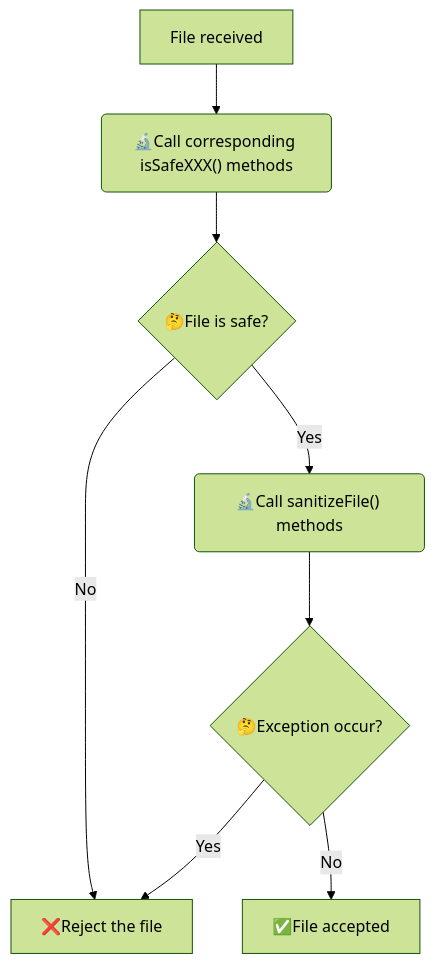
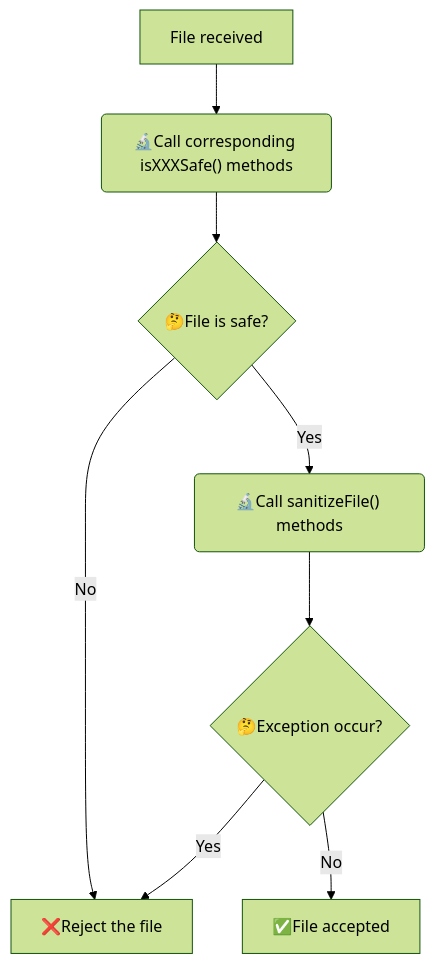
The diagram in README.md (righettod/code-snippets-security-utils), drawn with Mermaid (forest theme) before and after one commit.

````diff
--- a/README.md
+++ b/README.md
@@ -27,10 +27,10 @@
 ```mermaid
 flowchart TB
-    A[File received] --> B("🔬Call corresponding isSafeXXX() methods")
+    A[File received] --> B("🔬Call corresponding isXXXSafe() methods")
     B --> C{🤔File is safe?}
     C -->|No| E[❌Reject the file]
     C -->|Yes| D("🔬Call sanitizeFile() methods")
     D --> F{🤔Exception occur?} 
     F -->|Yes| E
     F -->|No| G[✅File accepted]
 ```
````
